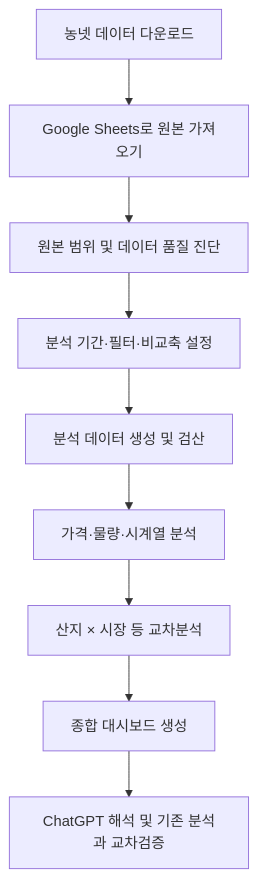
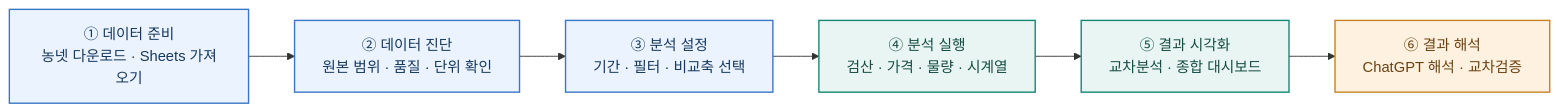
One commit to baseorigin/nongnet-price-analysis changed the diagram in README.md. Above: the diagram before and after it, drawn with Mermaid. The commit also changed other lines of this file, not shown here.

Commit message:
README.md

````diff
--- a/README.md
+++ b/README.md
@@ -18,11 +18,18 @@
 ```mermaid
-flowchart TD
-    A[농넷 데이터 다운로드] --> B[Google Sheets로 원본 가져오기]
-    B --> C[원본 범위 및 데이터 품질 진단]
-    C --> D[분석 기간·필터·비교축 설정]
-    D --> E[분석 데이터 생성 및 검산]
-    E --> F[가격·물량·시계열 분석]
-    F --> G[산지 × 시장 등 교차분석]
-    G --> H[종합 대시보드 생성]
-    H --> I[ChatGPT 해석 및 기존 분석과 교차검증]
+flowchart LR
+    A["① 데이터 준비<br/>농넷 다운로드 · Sheets 가져오기"]
+    B["② 데이터 진단<br/>원본 범위 · 품질 · 단위 확인"]
+    C["③ 분석 설정<br/>기간 · 필터 · 비교축 선택"]
+    D["④ 분석 실행<br/>검산 · 가격 · 물량 · 시계열"]
+    E["⑤ 결과 시각화<br/>교차분석 · 종합 대시보드"]
+    F["⑥ 결과 해석<br/>ChatGPT 해석 · 교차검증"]
+
+    A --> B --> C --> D --> E --> F
+
+    classDef prepare fill:#eaf3ff,stroke:#3976c7,color:#17385d,stroke-width:1.5px;
+    classDef analyze fill:#e8f5f2,stroke:#168575,color:#164c44,stroke-width:1.5px;
+    classDef review fill:#fff1df,stroke:#c88024,color:#694212,stroke-width:1.5px;
+    class A,B,C prepare;
+    class D,E analyze;
+    class F review;
 ```
````
